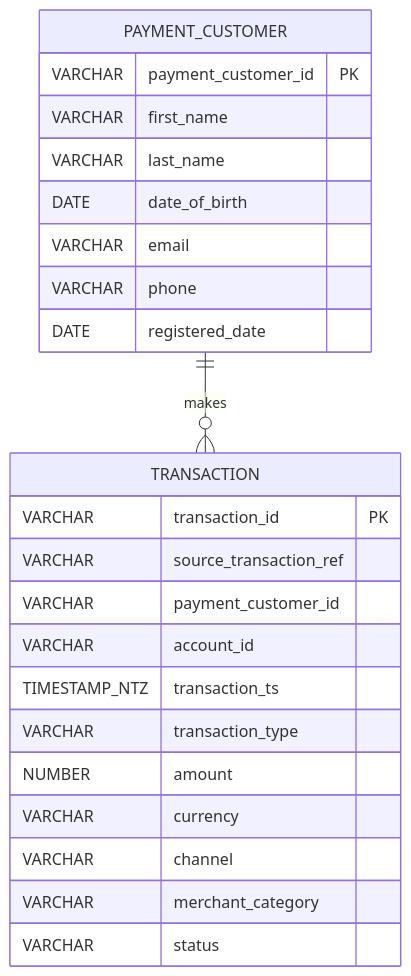
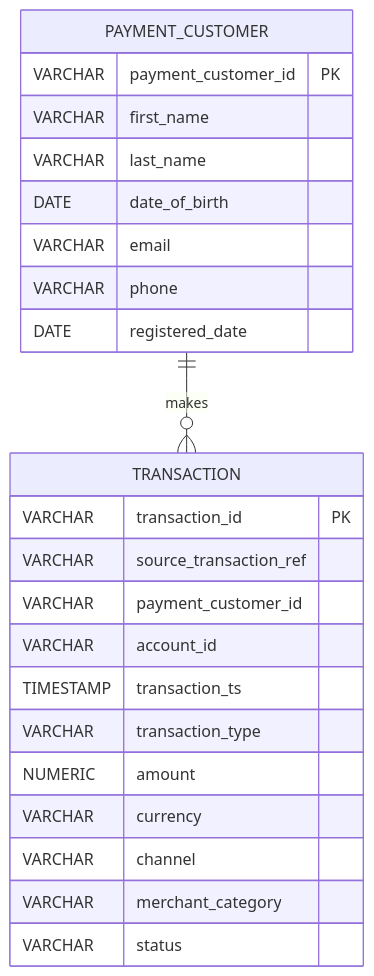
Before and after one commit to liangchenwang-1-alt/32113-a2-group5: the third of 4 diagrams in lab-env/advanced-database-lab/workspace/source_systems/source_er_diagram.md, drawn with Mermaid. The commit also changed other lines of this file and 11 other files, not shown here.

````diff
--- a/lab-env/advanced-database-lab/workspace/source_systems/source_er_diagram.md
+++ b/lab-env/advanced-database-lab/workspace/source_systems/source_er_diagram.md
@@ -56,26 +56,26 @@
 ```mermaid
 erDiagram
     PAYMENT_CUSTOMER {
         VARCHAR payment_customer_id PK
         VARCHAR first_name
         VARCHAR last_name
         DATE date_of_birth
         VARCHAR email
         VARCHAR phone
         DATE registered_date
     }
     TRANSACTION {
         VARCHAR transaction_id PK
         VARCHAR source_transaction_ref
         VARCHAR payment_customer_id
         VARCHAR account_id
-        TIMESTAMP_NTZ transaction_ts
+        TIMESTAMP transaction_ts
         VARCHAR transaction_type
-        NUMBER amount
+        NUMERIC amount
         VARCHAR currency
         VARCHAR channel
         VARCHAR merchant_category
         VARCHAR status
     }
     PAYMENT_CUSTOMER ||--o{ TRANSACTION : makes
 ```
````
